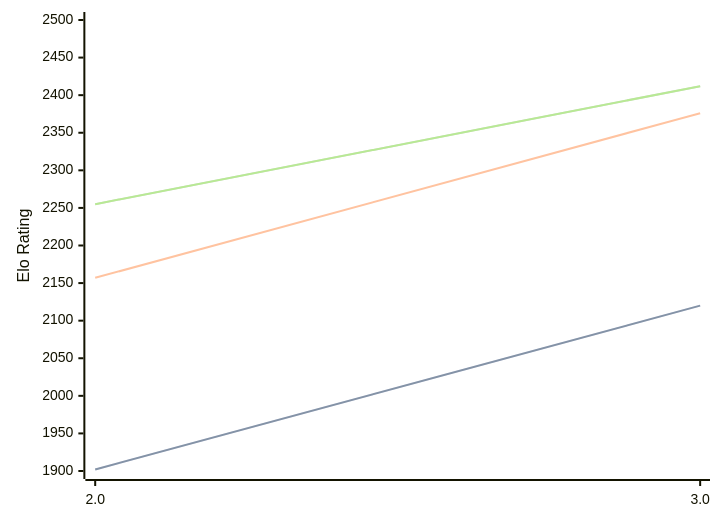
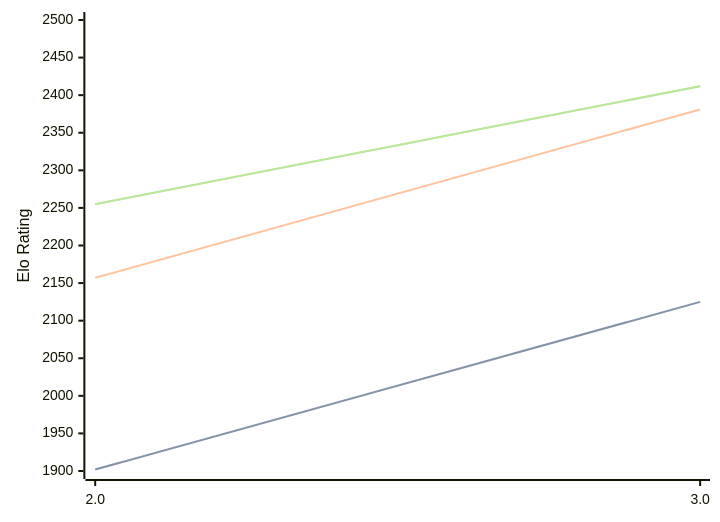
The diagram in engines/Zeno.md (computer-chess-index/cci), drawn with Mermaid before and after one commit. The commit also changed other lines of this file, not shown here.

````diff
--- a/engines/Zeno.md
+++ b/engines/Zeno.md
@@ -32,11 +32,11 @@
 ```mermaid
 %%{init: {"theme":"base","themeVariables":{"seriesColors:['#a3a3a3','#222221','#faa371']}}}%%
 xychart-beta
   x-axis ["2.0", "3.0"]
   y-axis "Elo Rating" 1900 --> 2500
-  line "" [1902, 2120]
-  line "STC (8.0+0.08s)" [1902, 2120]
-  line "LTC (60.0+0.60s)" [2157, 2376]
+  line "" [1902, 2125]
+  line "STC (8.0+0.08s)" [1902, 2125]
+  line "LTC (60.0+0.60s)" [2157, 2381]
   line "" [2255, 2412]
   line "VLTC (2m24s+1.12s)" [2255, 2412]
 ```
````
